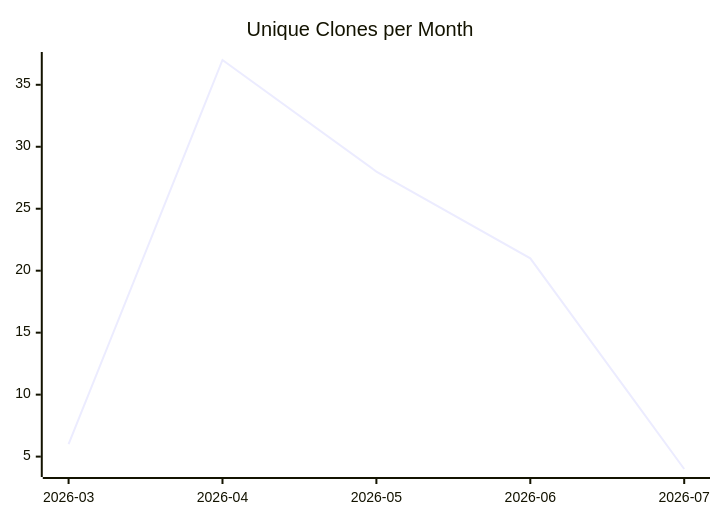
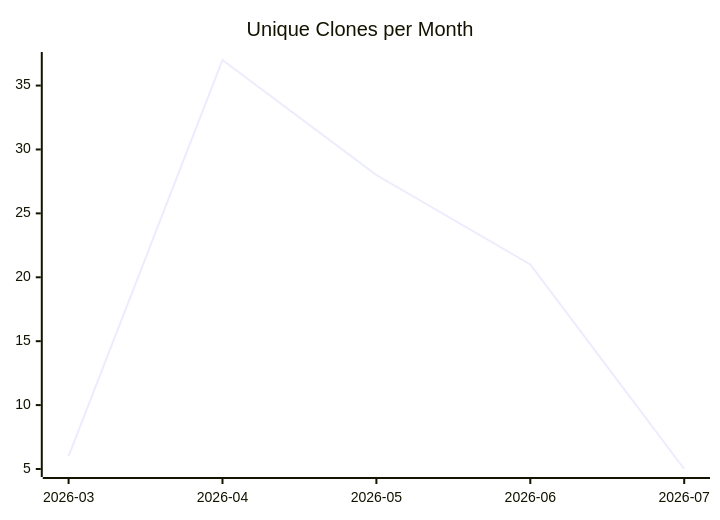
Before and after one commit to justdavis-family/github-analytics-data: the third of 3 diagrams in karlmdavis/ansible-role-jenkins2/README.md, drawn with Mermaid. The commit also changed other lines of this file and 182 other files, not shown here.

````diff
--- a/karlmdavis/ansible-role-jenkins2/README.md
+++ b/karlmdavis/ansible-role-jenkins2/README.md
@@ -19,6 +19,6 @@
 ```mermaid
 xychart-beta
   title "Unique Clones per Month"
   x-axis ["2026-03", "2026-04", "2026-05", "2026-06", "2026-07"]
-  line [6, 37, 28, 21, 4]
+  line [6, 37, 28, 21, 5]
 ```
````
